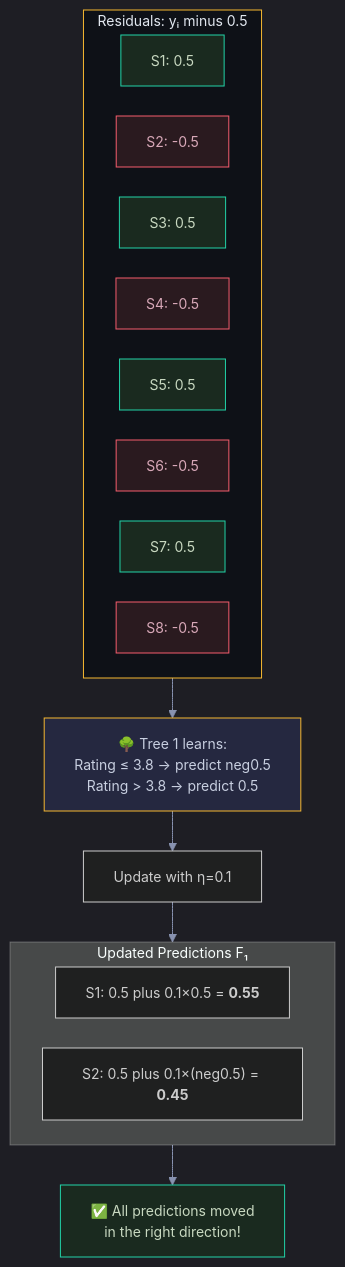
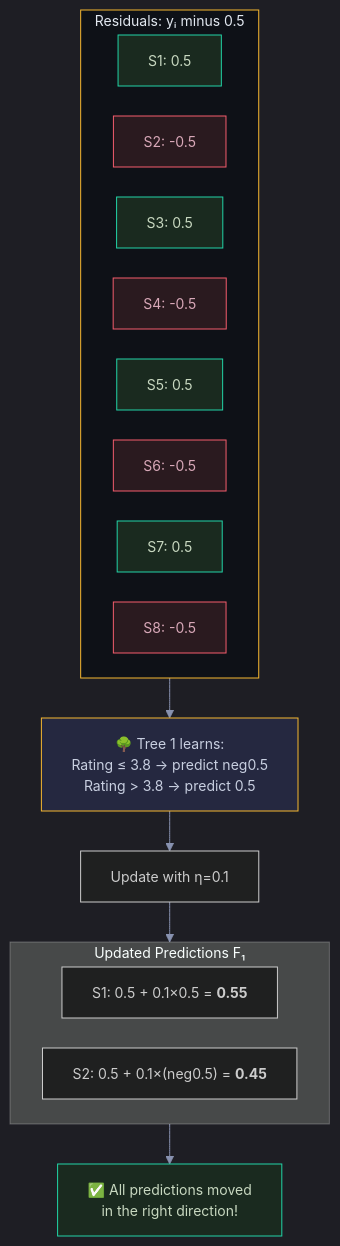
Before and after one commit to snehith1234/StudyCircle: diagram 20 of 28 in Documents/Visual_Guides/ML_Concepts/Bagging_and_Boosting_Visual.md, drawn with Mermaid. The commit also changed other lines of this file and 10 other files, not shown here.

First line of the commit message:
Fix Mermaid formatting and add RNN/LSTM guides

````diff
--- a/Documents/Visual_Guides/ML_Concepts/Bagging_and_Boosting_Visual.md
+++ b/Documents/Visual_Guides/ML_Concepts/Bagging_and_Boosting_Visual.md
@@ -615,38 +615,38 @@
 ```mermaid
 %%{init: {'theme': 'dark', 'themeVariables': {'darkMode': true, 'background': '#0e1117', 'primaryColor': '#1a1d2e', 'primaryTextColor': '#e2e8f0', 'primaryBorderColor': '#2d3148', 'lineColor': '#8892b0', 'secondaryColor': '#252840', 'tertiaryColor': '#1a1d2e', 'fontSize': '14px', 'edgeLabelBackground': '#0e1117'}, 'flowchart': {'nodeSpacing': 30, 'rankSpacing': 40, 'padding': 15, 'htmlLabels': true}}}%%
 graph TD
     subgraph RESIDUALS["Residuals: yᵢ minus 0.5"]
         RS1["S1: 0.5"]
         RS2["S2: -0.5"]
         RS3["S3: 0.5"]
         RS4["S4: -0.5"]
         RS5["S5: 0.5"]
         RS6["S6: -0.5"]
         RS7["S7: 0.5"]
         RS8["S8: -0.5"]
     end
 
     RESIDUALS --> TREE["🌳 Tree 1 learns:<br/>Rating ≤ 3.8 → predict neg0.5<br/>Rating > 3.8 → predict 0.5"]
 
     TREE --> UPD["Update with η=0.1"]
 
     subgraph UPDATED["Updated Predictions F₁"]
-        US1["S1: 0.5 plus 0.1×0.5 = <b>0.55</b>"]
-        US2["S2: 0.5 plus 0.1×(neg0.5) = <b>0.45</b>"]
+        US1["S1: 0.5 + 0.1×0.5 = <b>0.55</b>"]
+        US2["S2: 0.5 + 0.1×(neg0.5) = <b>0.45</b>"]
     end
 
     UPD --> UPDATED
     UPDATED --> CHECK["✅ All predictions moved<br/>in the right direction!"]
 
     style RESIDUALS fill:#0e1117,stroke:#f5b731,color:#e2e8f0
     style RS1 fill:#1a2a1f,stroke:#22d3a7,color:#c8d8c0
     style RS2 fill:#2a1a1f,stroke:#f45d6d,color:#d8a8b8
     style RS3 fill:#1a2a1f,stroke:#22d3a7,color:#c8d8c0
     style RS4 fill:#2a1a1f,stroke:#f45d6d,color:#d8a8b8
     style RS5 fill:#1a2a1f,stroke:#22d3a7,color:#c8d8c0
     style RS6 fill:#2a1a1f,stroke:#f45d6d,color:#d8a8b8
     style RS7 fill:#1a2a1f,stroke:#22d3a7,color:#c8d8c0
     style RS8 fill:#2a1a1f,stroke:#f45d6d,color:#d8a8b8
     style TREE fill:#252840,stroke:#f5b731,color:#c8cfe0
     style CHECK fill:#1a2a1f,stroke:#22d3a7,color:#c8d8c0
 ```
````
